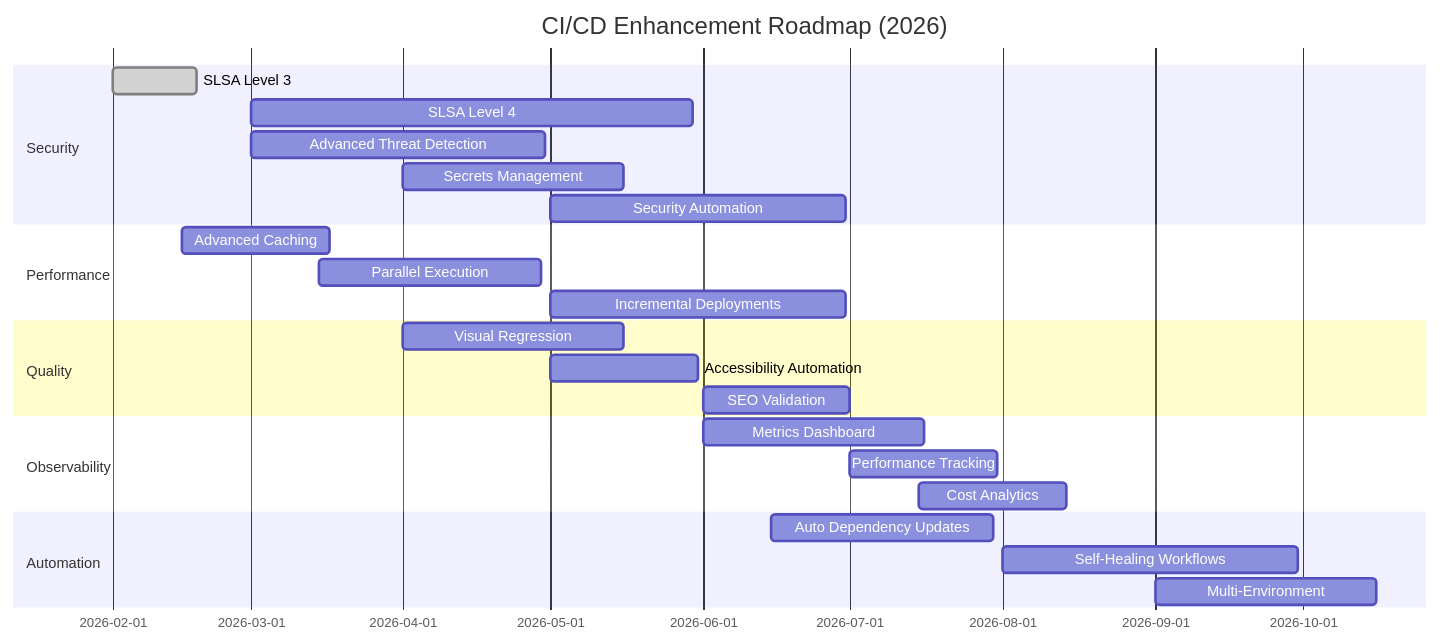
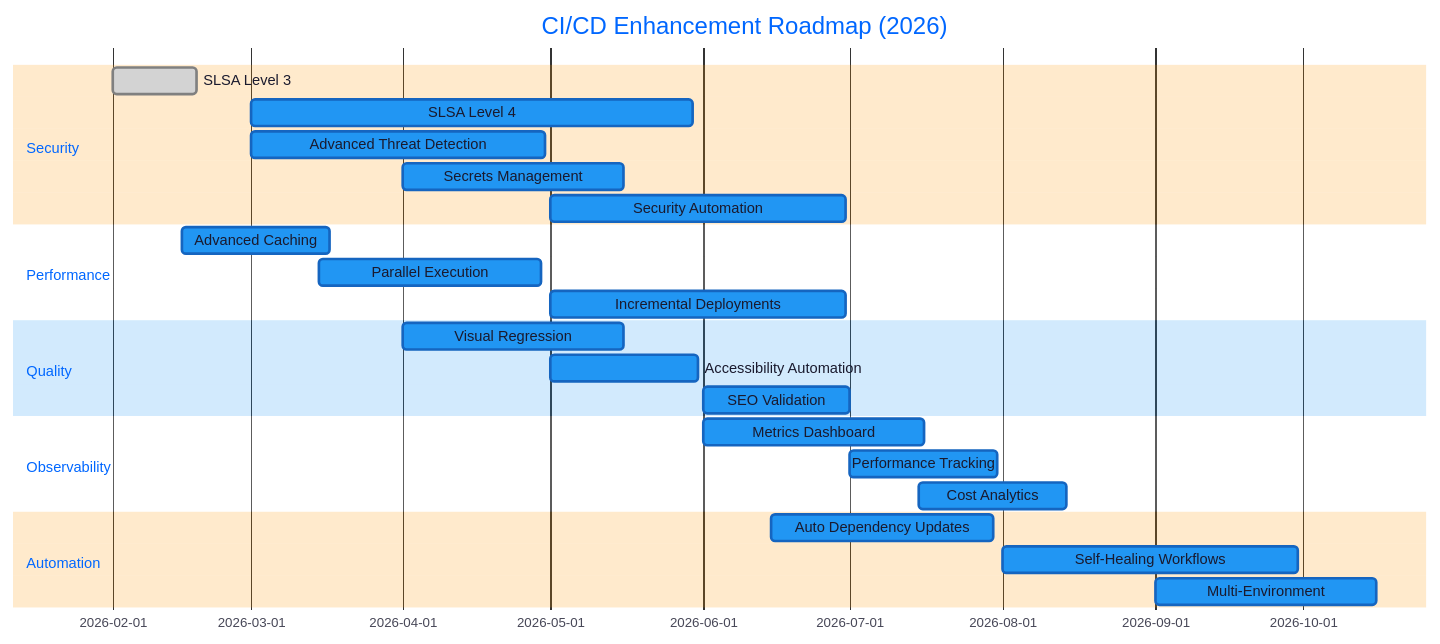
One commit to Hack23/homepage changed the first of 6 diagrams in FUTURE_WORKFLOWS.md. Above: the diagram before and after it, drawn with Mermaid. The commit also changed other lines of this file and 30 other files, not shown here.

First line of the commit message:
Fix broken mermaid diagrams and add consistent theming to all 115 blocks

````diff
--- a/FUTURE_WORKFLOWS.md
+++ b/FUTURE_WORKFLOWS.md
@@ -71,32 +71,33 @@
 ```mermaid
+%%{init: {"theme": "base", "themeVariables": {"primaryColor": "#2196F3", "primaryTextColor": "#1a1a2e", "lineColor": "#455A64", "secondaryColor": "#4CAF50", "tertiaryColor": "#FF9800", "primaryBorderColor": "#1565C0", "gridColor": "#90A4AE", "todayLineColor": "#D32F2F"}}}%%
 gantt
     title CI/CD Enhancement Roadmap (2026)
     dateFormat YYYY-MM-DD
     
     section Security
     SLSA Level 3           :done, s0, 2026-02-01, 2026-02-18
     SLSA Level 4           :s1, 2026-03-01, 90d
     Advanced Threat Detection :s2, 2026-03-01, 60d
     Secrets Management     :s3, 2026-04-01, 45d
     Security Automation    :s4, 2026-05-01, 60d
     
     section Performance
     Advanced Caching       :p1, 2026-02-15, 30d
     Parallel Execution     :p2, 2026-03-15, 45d
     Incremental Deployments :p3, 2026-05-01, 60d
     
     section Quality
     Visual Regression      :q1, 2026-04-01, 45d
     Accessibility Automation :q2, 2026-05-01, 30d
     SEO Validation         :q3, 2026-06-01, 30d
     
     section Observability
     Metrics Dashboard      :o1, 2026-06-01, 45d
     Performance Tracking   :o2, 2026-07-01, 30d
     Cost Analytics         :o3, 2026-07-15, 30d
     
     section Automation
     Auto Dependency Updates :a1, 2026-06-15, 45d
     Self-Healing Workflows  :a2, 2026-08-01, 60d
     Multi-Environment       :a3, 2026-09-01, 45d
 ```
````
